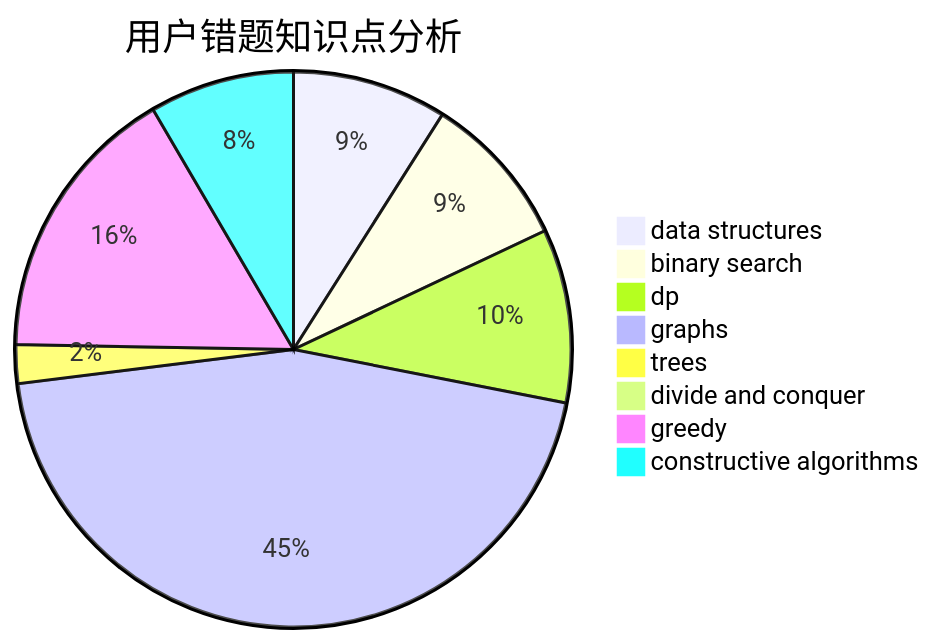
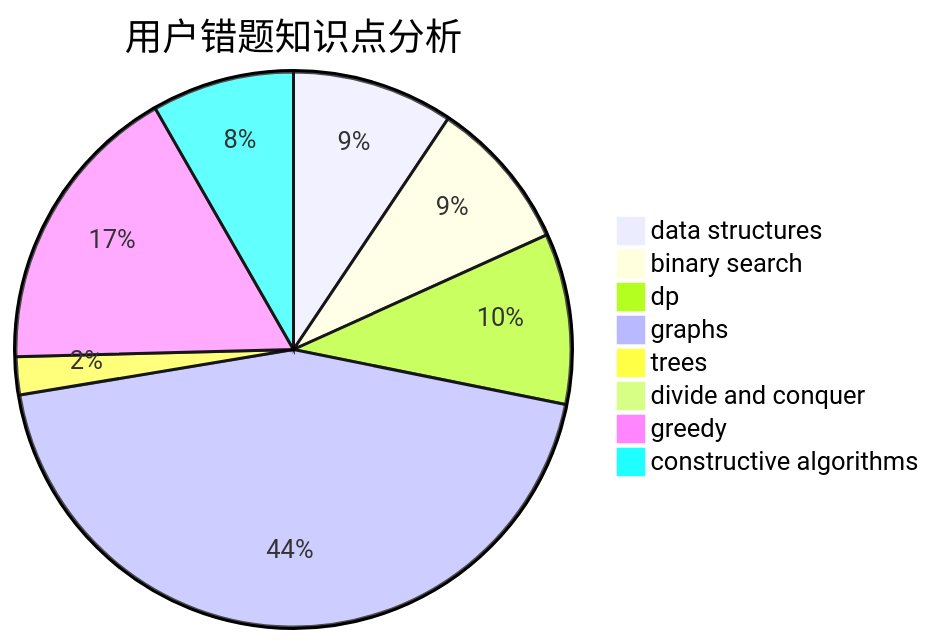
One commit to sherpahu/cfrs.github.io changed the third of 3 diagrams in docs/user/u1937.md. Above: the diagram before and after it, drawn with Mermaid. The commit also changed other lines of this file and 2770 other files, not shown here.

````diff
--- a/docs/user/u1937.md
+++ b/docs/user/u1937.md
@@ -36,11 +36,11 @@
 ```mermaid
 pie title 用户错题知识点分析
-    "data structures" :  16
+    "data structures" :  17
     "binary search" :  16
     "dp" :  18
     "graphs" :  80
     "trees" :  4
     "divide and conquer" :  0
-    "greedy" :  29
+    "greedy" :  31
     "constructive algorithms" :  15
 ```
````
